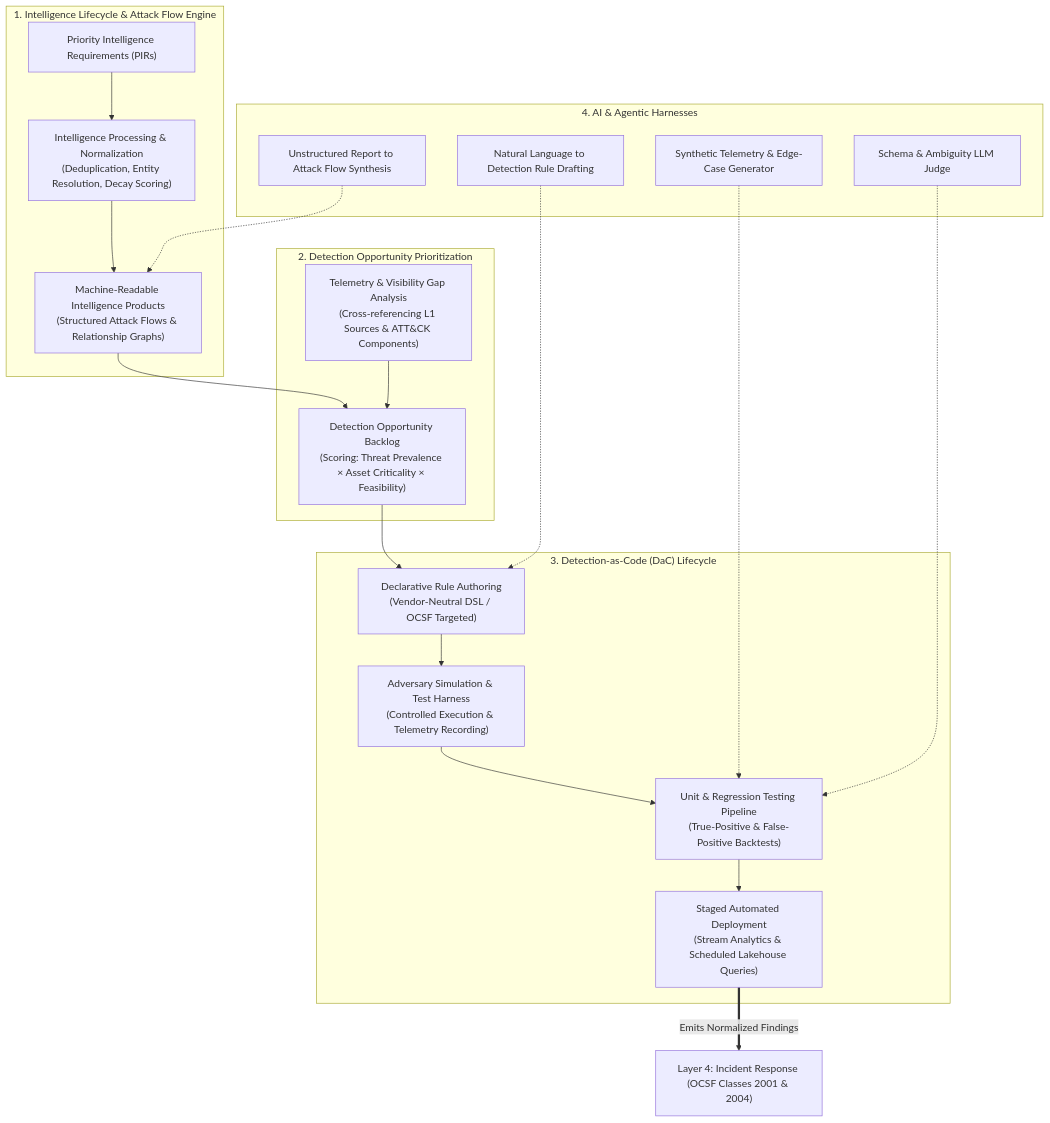
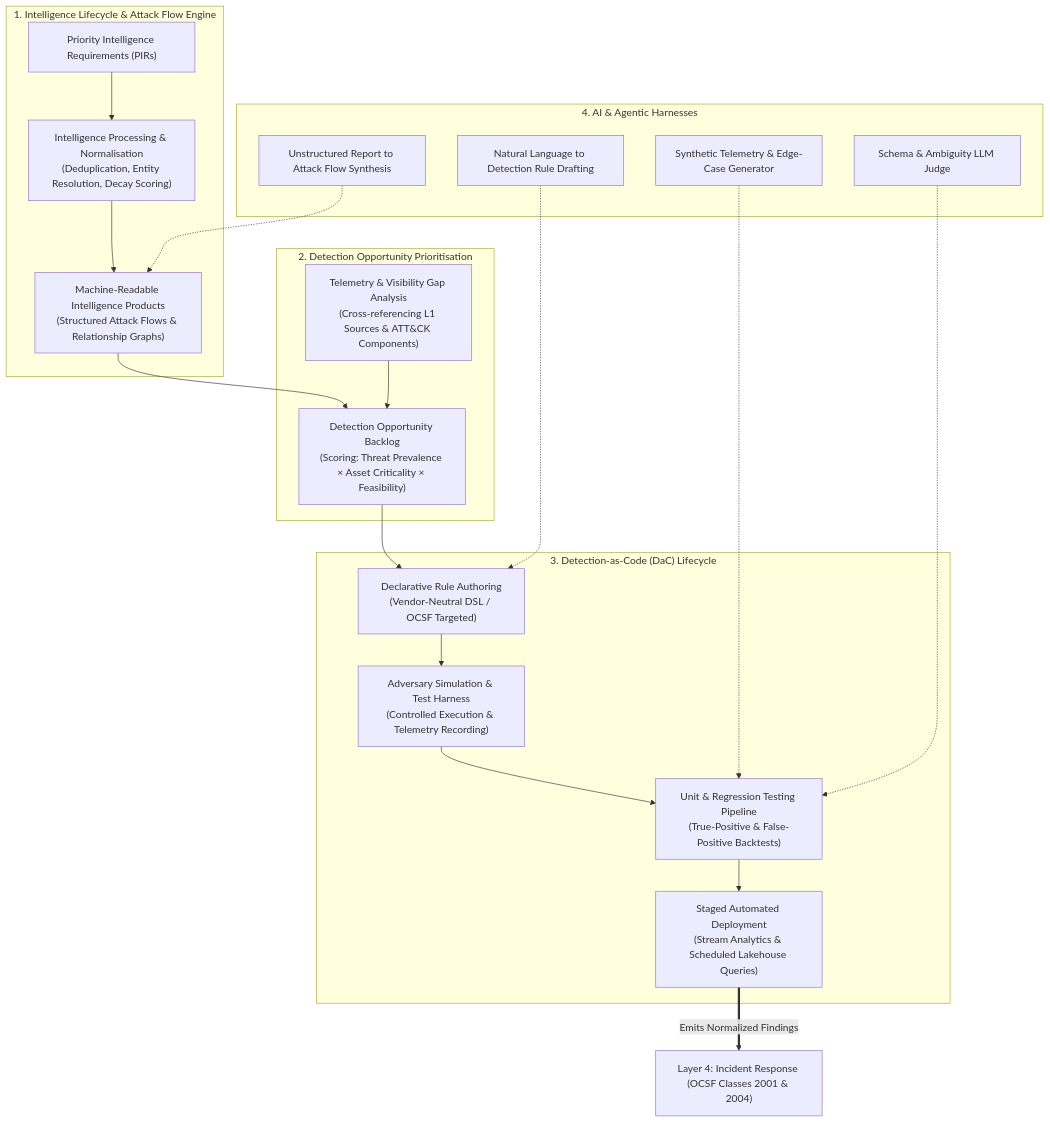
The first of 7 diagrams in docs/architecture/06-layer-3-threat-intel-detection.md (Haribu/TIDIR), drawn with Mermaid before and after one commit. The commit also changed other lines of this file and 34 other files, not shown here.

````diff
--- a/docs/architecture/06-layer-3-threat-intel-detection.md
+++ b/docs/architecture/06-layer-3-threat-intel-detection.md
@@ -9,42 +9,42 @@
 ```mermaid
 flowchart TB
   subgraph L3_Intel ["1. Intelligence Lifecycle & Attack Flow Engine"]
     PIR["Priority Intelligence Requirements (PIRs)"]
-    INTEL_PROC["Intelligence Processing & Normalization\n(Deduplication, Entity Resolution, Decay Scoring)"]
+    INTEL_PROC["Intelligence Processing & Normalisation\n(Deduplication, Entity Resolution, Decay Scoring)"]
     MRIP["Machine-Readable Intelligence Products\n(Structured Attack Flows & Relationship Graphs)"]
     PIR --> INTEL_PROC --> MRIP
   end
 
-  subgraph L3_Prioritization ["2. Detection Opportunity Prioritization"]
+  subgraph L3_Prioritization ["2. Detection Opportunity Prioritisation"]
     OPP_ENGINE["Detection Opportunity Backlog\n(Scoring: Threat Prevalence × Asset Criticality × Feasibility)"]
     GAP_ANALYSIS["Telemetry & Visibility Gap Analysis\n(Cross-referencing L1 Sources & ATT&CK Components)"]
     MRIP --> OPP_ENGINE
     GAP_ANALYSIS --> OPP_ENGINE
   end
 
   subgraph L3_DaC ["3. Detection-as-Code (DaC) Lifecycle"]
     DEV["Declarative Rule Authoring\n(Vendor-Neutral DSL / OCSF Targeted)"]
     SIM["Adversary Simulation & Test Harness\n(Controlled Execution & Telemetry Recording)"]
     TEST["Unit & Regression Testing Pipeline\n(True-Positive & False-Positive Backtests)"]
     DEPLOY["Staged Automated Deployment\n(Stream Analytics & Scheduled Lakehouse Queries)"]
 
     OPP_ENGINE --> DEV
     DEV --> SIM
     SIM --> TEST
     TEST --> DEPLOY
   end
 
   subgraph L3_AI ["4. AI & Agentic Harnesses"]
     AI_INTEL["Unstructured Report to Attack Flow Synthesis"]
     AI_DAC["Natural Language to Detection Rule Drafting"]
     AI_SYNTH["Synthetic Telemetry & Edge-Case Generator"]
     AI_JUDGE["Schema & Ambiguity LLM Judge"]
   end
 
   AI_INTEL -.-> MRIP
   AI_DAC -.-> DEV
   AI_SYNTH -.-> TEST
   AI_JUDGE -.-> TEST
 
   DEPLOY ==>|Emits Normalized Findings| L4["Layer 4: Incident Response (OCSF Classes 2001 & 2004)"]
 ```
````
